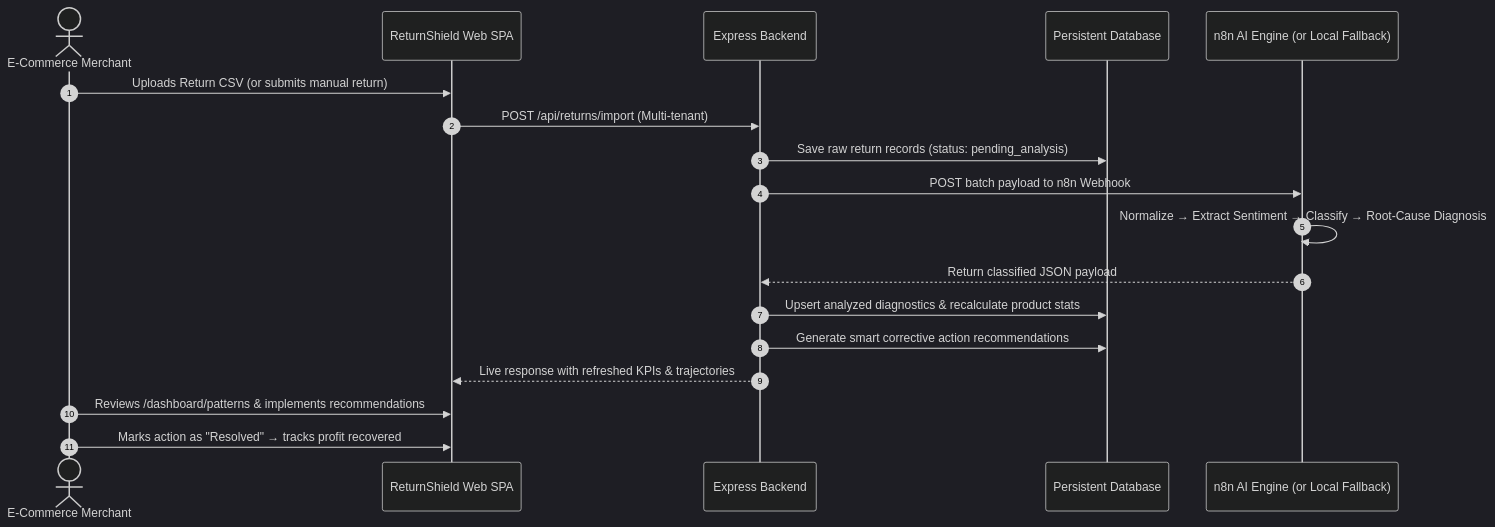
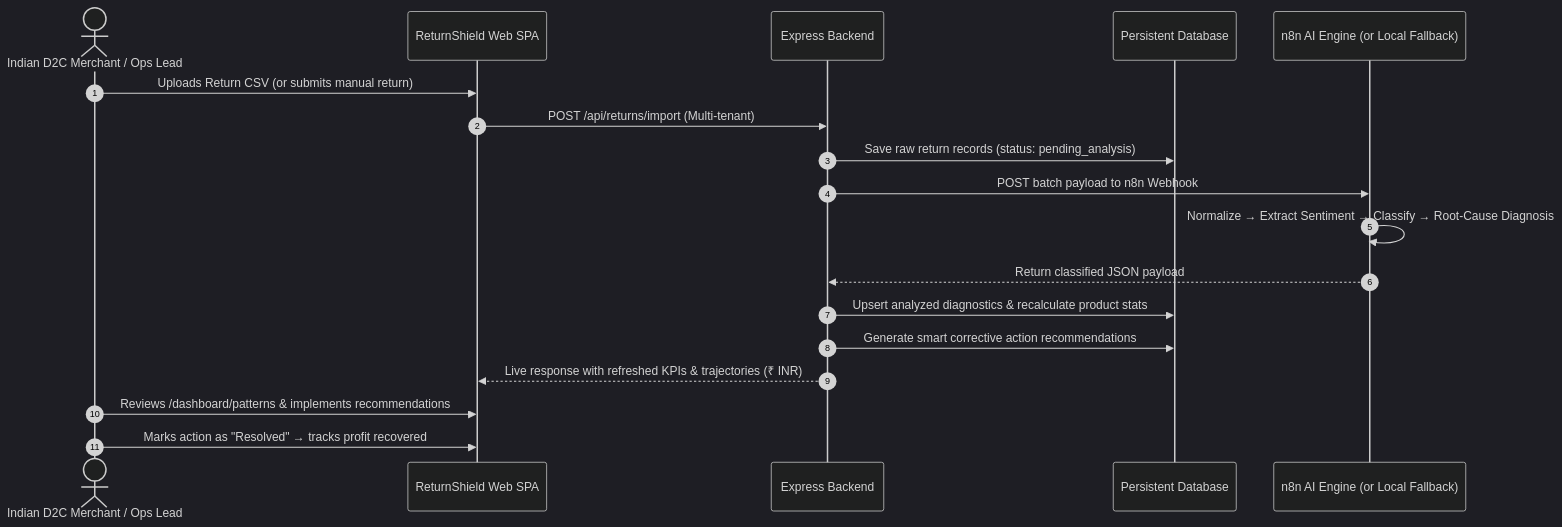
One commit to gintama1018/AGENTIC-AI-HACKATHON changed the second of 2 diagrams in README.md. Above: the diagram before and after it, drawn with Mermaid (dark theme). The commit also changed other lines of this file and 15 other files, not shown here.

Commit message:
feat(localization): adapt platform for Indian D2C e-commerce with INR currency, RTO logistics, and realistic Indian dataset

````diff
--- a/README.md
+++ b/README.md
@@ -71,21 +74,21 @@
 ```mermaid
 sequenceDiagram
     autonumber
-    actor Merchant as E-Commerce Merchant
+    actor Merchant as Indian D2C Merchant / Ops Lead
     participant UI as ReturnShield Web SPA
     participant Server as Express Backend
     participant DB as Persistent Database
     participant AI as n8n AI Engine (or Local Fallback)
 
     Merchant->>UI: Uploads Return CSV (or submits manual return)
     UI->>Server: POST /api/returns/import (Multi-tenant)
     Server->>DB: Save raw return records (status: pending_analysis)
     Server->>AI: POST batch payload to n8n Webhook
     AI->>AI: Normalize → Extract Sentiment → Classify → Root-Cause Diagnosis
     AI-->>Server: Return classified JSON payload
     Server->>DB: Upsert analyzed diagnostics & recalculate product stats
     Server->>DB: Generate smart corrective action recommendations
-    Server-->>UI: Live response with refreshed KPIs & trajectories
+    Server-->>UI: Live response with refreshed KPIs & trajectories (₹ INR)
     Merchant->>UI: Reviews /dashboard/patterns & implements recommendations
     Merchant->>UI: Marks action as "Resolved" → tracks profit recovered
 ```
````
